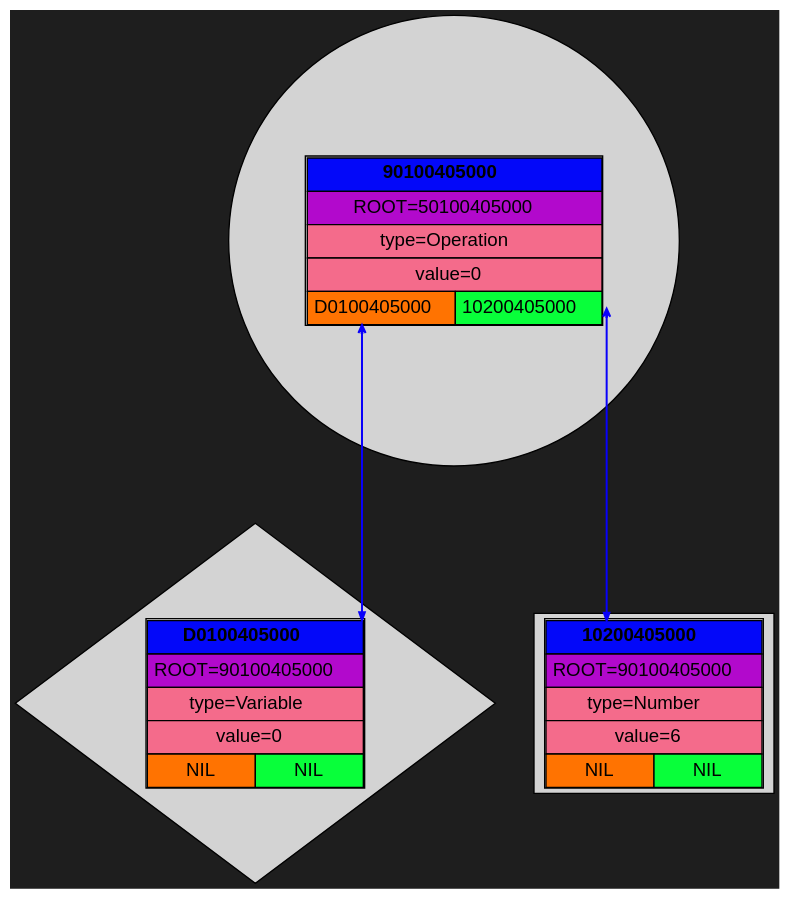
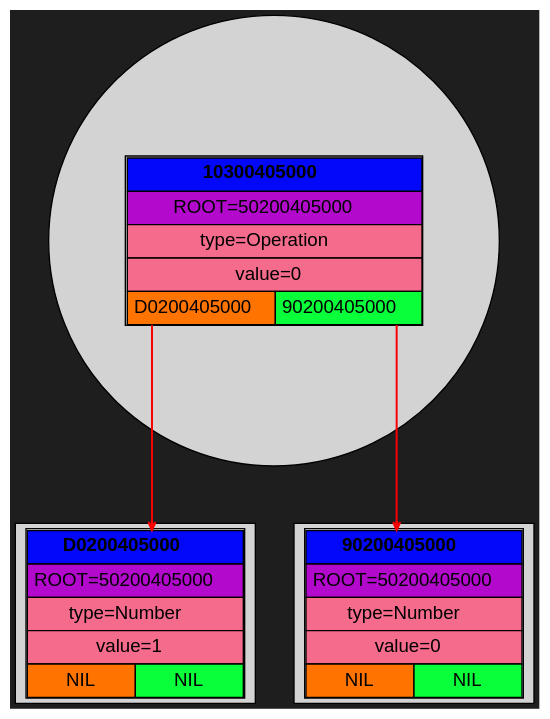
One commit to Kabuto-Mainer/Diff changed the diagram in Dump/graph.dot. Above: the diagram before and after it, drawn with Graphviz. The commit also changed 14 other files, not shown here.

```diff
--- a/Dump/graph.dot
+++ b/Dump/graph.dot
@@ -1,49 +1,49 @@
 digraph {
   rankdir=UD;
   bgcolor="#1e1e1e"
   splines=ortho;
   nodesep=0.4;
   ranksep=0.6;
   node [shape=plaintext, style=filled, fontname="Helvetica"];
   edge [arrowhead=vee, arrowsize=0.6, penwidth=1.2];
 
-block_0x5040000001d0 [shape=diamond, label=<
+block_0x5040000002d0 [shape=box, label=<
 <TABLE CELLSPACING="0" CELLPADDING="4">
-<TR><TD PORT="root" BGCOLOR="#0308f9ff" COLSPAN="2"><B>D0100405000</B></TD></TR>
-<TR><TD BGCOLOR="#b209ccff" COLSPAN="2">ROOT=90100405000</TD></TR>
-<TR><TD BGCOLOR="#f46b8bff" COLSPAN="2">type=Variable</TD></TR>
+<TR><TD PORT="root" BGCOLOR="#0308f9ff" COLSPAN="2"><B>D0200405000</B></TD></TR>
+<TR><TD BGCOLOR="#b209ccff" COLSPAN="2">ROOT=50200405000</TD></TR>
+<TR><TD BGCOLOR="#f46b8bff" COLSPAN="2">type=Number</TD></TR>
+<TR><TD BGCOLOR="#f46b8bff" COLSPAN="2">value=1</TD></TR>
+<TR>
+<TD PORT="left" BGCOLOR="#ff7301ff">NIL</TD>
+<TD PORT="right" BGCOLOR="#08ff3aff">NIL</TD>
+</TR>
+</TABLE> >];
+
+block_0x504000000290 [shape=box, label=<
+<TABLE CELLSPACING="0" CELLPADDING="4">
+<TR><TD PORT="root" BGCOLOR="#0308f9ff" COLSPAN="2"><B>90200405000</B></TD></TR>
+<TR><TD BGCOLOR="#b209ccff" COLSPAN="2">ROOT=50200405000</TD></TR>
+<TR><TD BGCOLOR="#f46b8bff" COLSPAN="2">type=Number</TD></TR>
 <TR><TD BGCOLOR="#f46b8bff" COLSPAN="2">value=0</TD></TR>
 <TR>
 <TD PORT="left" BGCOLOR="#ff7301ff">NIL</TD>
 <TD PORT="right" BGCOLOR="#08ff3aff">NIL</TD>
 </TR>
 </TABLE> >];
 
-block_0x504000000210 [shape=box, label=<
+block_0x504000000310 [shape=circle, label=<
 <TABLE CELLSPACING="0" CELLPADDING="4">
-<TR><TD PORT="root" BGCOLOR="#0308f9ff" COLSPAN="2"><B>10200405000</B></TD></TR>
-<TR><TD BGCOLOR="#b209ccff" COLSPAN="2">ROOT=90100405000</TD></TR>
-<TR><TD BGCOLOR="#f46b8bff" COLSPAN="2">type=Number</TD></TR>
-<TR><TD BGCOLOR="#f46b8bff" COLSPAN="2">value=6</TD></TR>
+<TR><TD PORT="root" BGCOLOR="#0308f9ff" COLSPAN="2"><B>10300405000</B></TD></TR>
+<TR><TD BGCOLOR="#b209ccff" COLSPAN="2">ROOT=50200405000</TD></TR>
+<TR><TD BGCOLOR="#f46b8bff" COLSPAN="2">type=Operation</TD></TR>
+<TR><TD BGCOLOR="#f46b8bff" COLSPAN="2">value=0</TD></TR>
 <TR>
-<TD PORT="left" BGCOLOR="#ff7301ff">NIL</TD>
-<TD PORT="right" BGCOLOR="#08ff3aff">NIL</TD>
+<TD PORT="left" BGCOLOR="#ff7301ff">D0200405000</TD>
+<TD PORT="right" BGCOLOR="#08ff3aff">90200405000</TD>
 </TR>
 </TABLE> >];
 
-block_0x504000000190 [shape=circle, label=<
-<TABLE CELLSPACING="0" CELLPADDING="4">
-<TR><TD PORT="root" BGCOLOR="#0308f9ff" COLSPAN="2"><B>90100405000</B></TD></TR>
-<TR><TD BGCOLOR="#b209ccff" COLSPAN="2">ROOT=50100405000</TD></TR>
-<TR><TD BGCOLOR="#f46b8bff" COLSPAN="2">type=Operation</TD></TR>
-<TR><TD BGCOLOR="#f46b8bff" COLSPAN="2">value=0</TD></TR>
-<TR>
-<TD PORT="left" BGCOLOR="#ff7301ff">D0100405000</TD>
-<TD PORT="right" BGCOLOR="#08ff3aff">10200405000</TD>
-</TR>
-</TABLE> >];
-
-block_0x504000000190:right -> block_0x504000000210:root [color="#0901faff", penwidth = 1.5, arrowsize = 0.6, constraint = true, dir = both];
-block_0x504000000190:left -> block_0x5040000001d0:root [color="#0901faff", penwidth = 1.5, arrowsize = 0.6, constraint = true, dir = both];
+block_0x504000000310:right -> block_0x504000000290:root [color="#fa0101ff", penwidth = 1.5, arrowsize = 0.6, constraint = true];
+block_0x504000000310:left -> block_0x5040000002d0:root [color="#fa0101ff", penwidth = 1.5, arrowsize = 0.6, constraint = true];
 
 }
```
